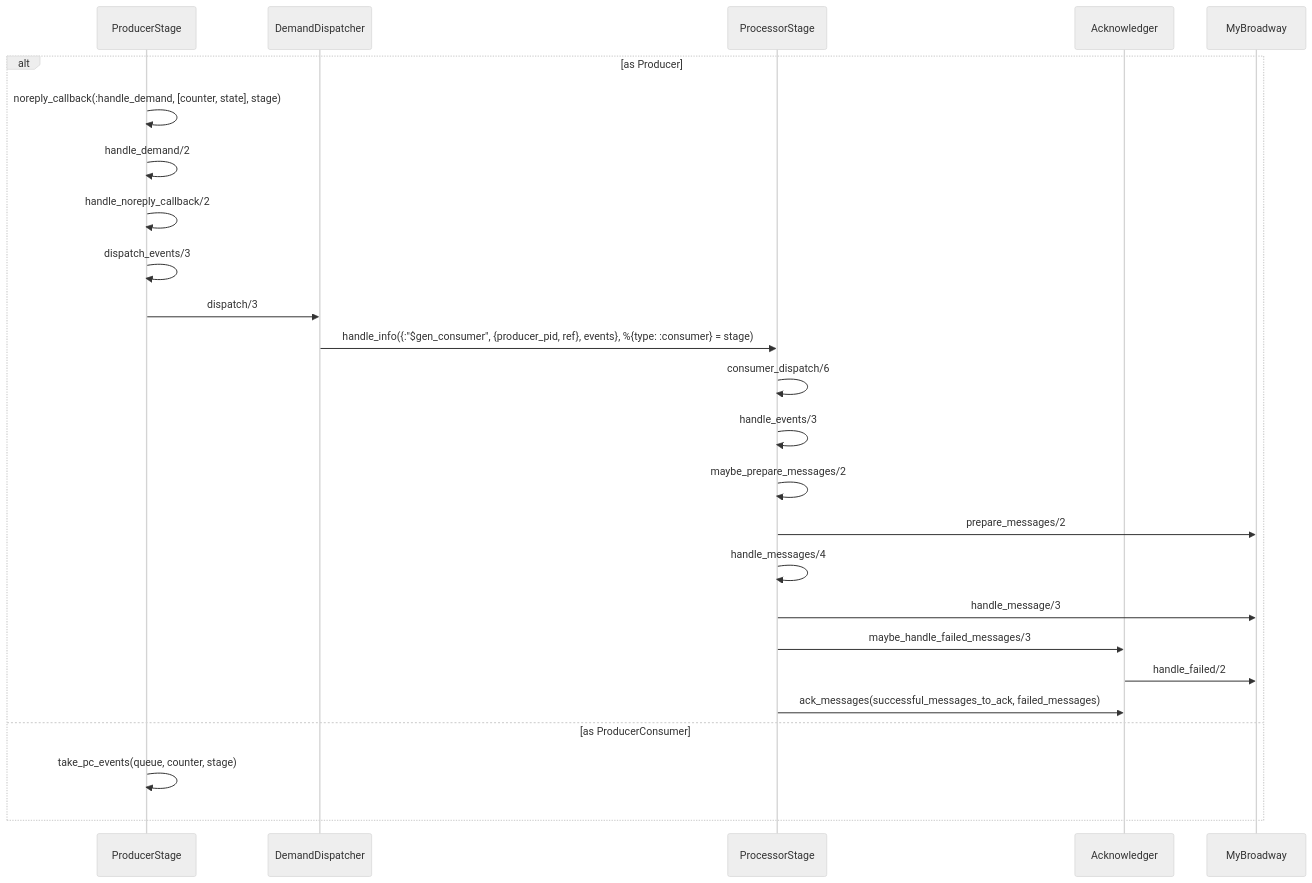
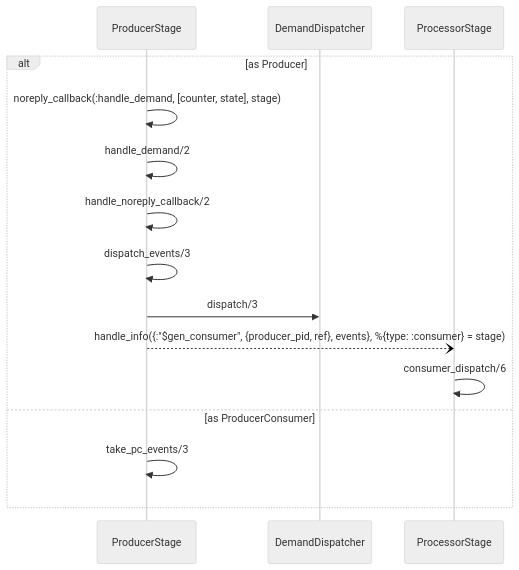
The third of 4 diagrams in source/_posts/2021-06-19-broadway-source-reading-processor.md (kenspirit/kenspirit.github.io), drawn with Mermaid (neutral theme) before and after one commit. The commit also changed other lines of this file and 6 other files, not shown here.

````diff
--- a/source/_posts/2021-06-19-broadway-source-reading-processor.md
+++ b/source/_posts/2021-06-19-broadway-source-reading-processor.md
@@ -57,28 +71,18 @@
 ```mermaid
 sequenceDiagram
   participant P as ProducerStage
   participant D as DemandDispatcher
   participant PS as ProcessorStage
-  participant A as Acknowledger
-  participant B as MyBroadway
 
   alt as Producer
       P->>P: noreply_callback(:handle_demand, [counter, state], stage)
       P->>P: handle_demand/2
       P->>P: handle_noreply_callback/2
       P->>P: dispatch_events/3
       P->>D: dispatch/3
-      D->>PS: handle_info({:"$gen_consumer", {producer_pid, ref}, events}, %{type: :consumer} = stage)
+      P--)PS: handle_info({:"$gen_consumer", {producer_pid, ref}, events}, %{type: :consumer} = stage)
       PS->>PS: consumer_dispatch/6
-      PS->>PS: handle_events/3
-      PS->>PS: maybe_prepare_messages/2
-      PS->>B: prepare_messages/2
-      PS->>PS: handle_messages/4
-      PS->>B: handle_message/3
-      PS->>A: maybe_handle_failed_messages/3
-      A->>B: handle_failed/2
-      PS->>A: ack_messages(successful_messages_to_ack, failed_messages)
   else as ProducerConsumer
-      P->>P: take_pc_events(queue, counter, stage)
+      P->>P: take_pc_events/3
   end
 ```
````
